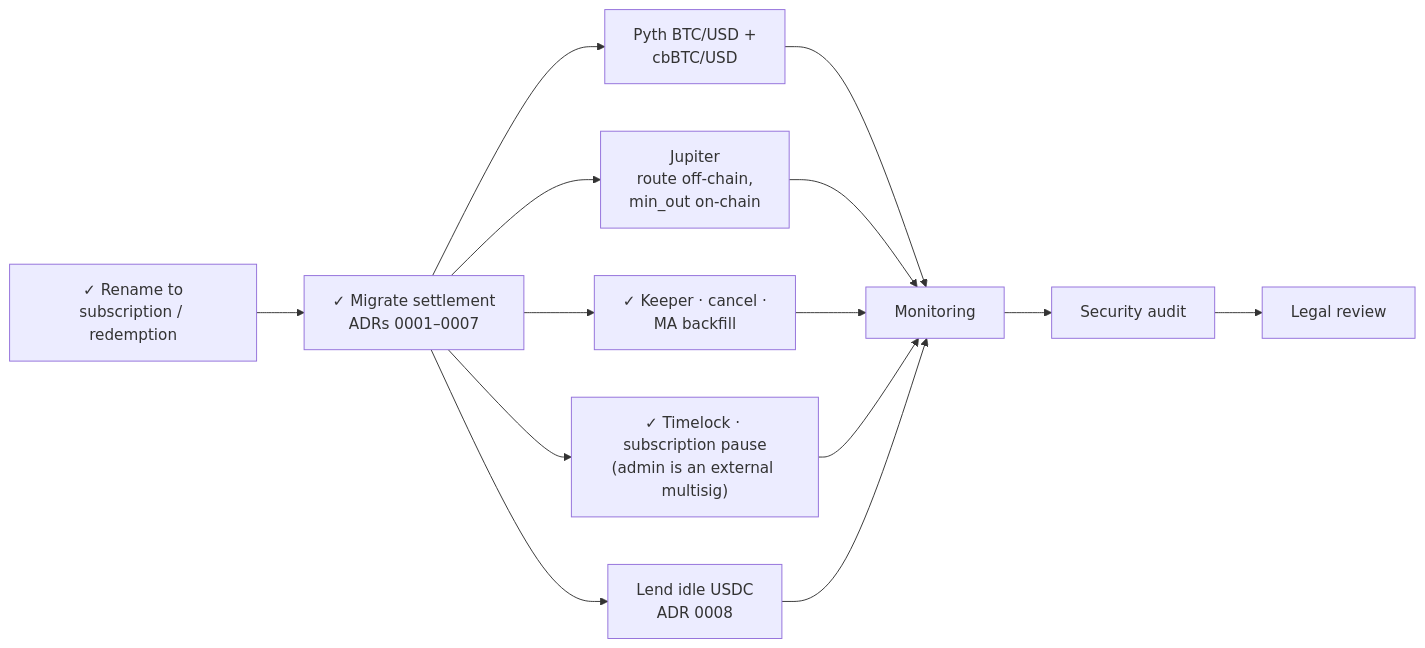
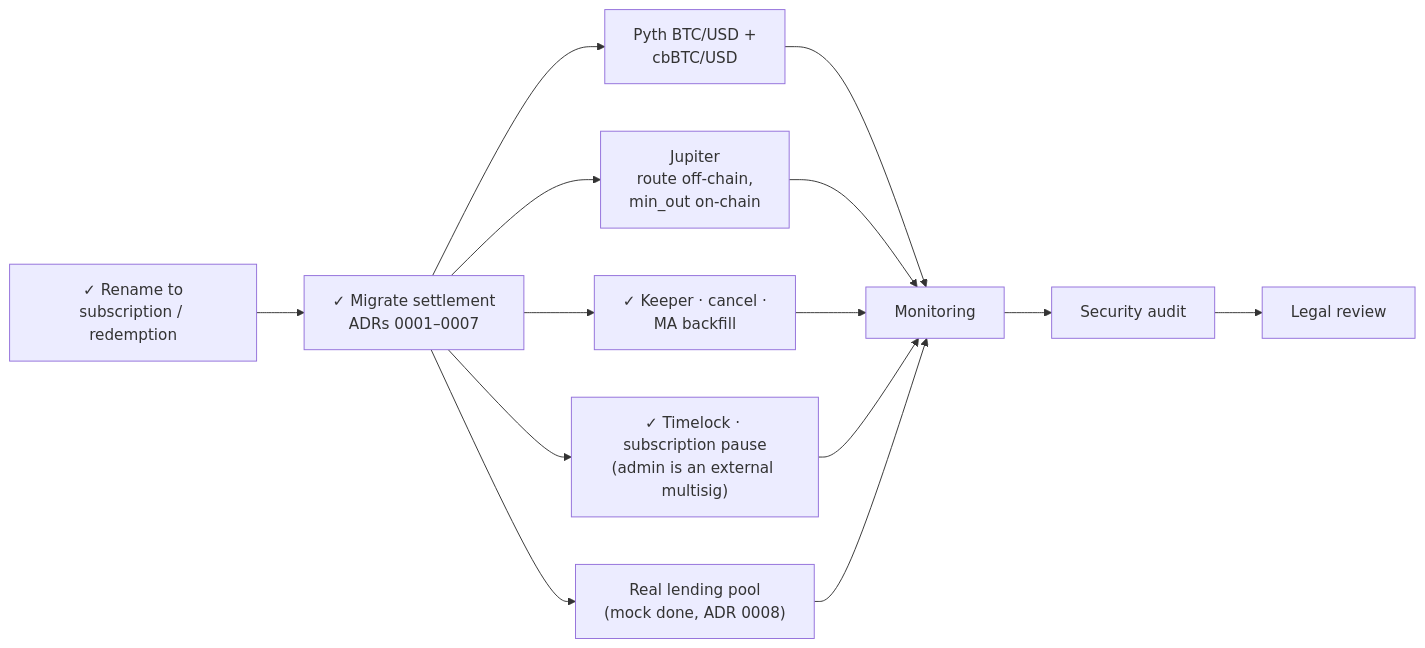
One commit to 0xnex/tide changed diagram 14 of 14 in README.md. Above: the diagram before and after it, drawn with Mermaid. The commit also changed other lines of this file and 13 other files, not shown here.

First line of the commit message:
feat: lend idle USDC to a lending pool within a cap (ADR 0008)

````diff
--- a/README.md
+++ b/README.md
@@ -335,9 +342,9 @@
 ```mermaid
 flowchart LR
   A["✓ Rename to<br/>subscription / redemption"] --> B["✓ Migrate settlement<br/>ADRs 0001–0007"]
   B --> C["Pyth BTC/USD +<br/>cbBTC/USD"] & D["Jupiter<br/>route off-chain,<br/>min_out on-chain"]
   B --> E["✓ Keeper · cancel ·<br/>MA backfill"]
   B --> F["✓ Timelock · subscription pause<br/>(admin is an external multisig)"]
-  B --> L["Lend idle USDC<br/>ADR 0008"]
+  B --> L["Real lending pool<br/>(mock done, ADR 0008)"]
   C & D & E & F & L --> G["Monitoring"] --> H["Security audit"] --> I["Legal review"]
 ```
````
